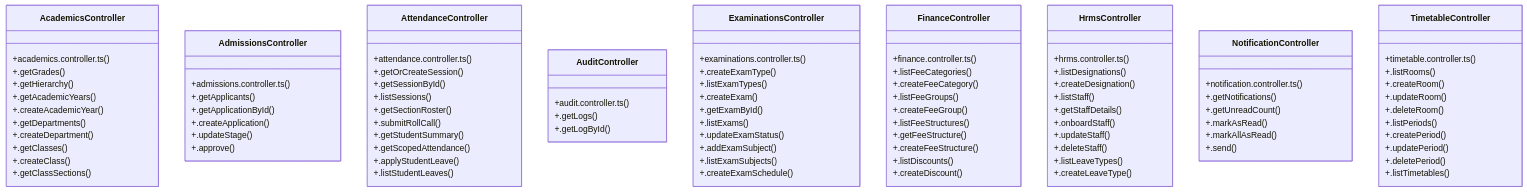
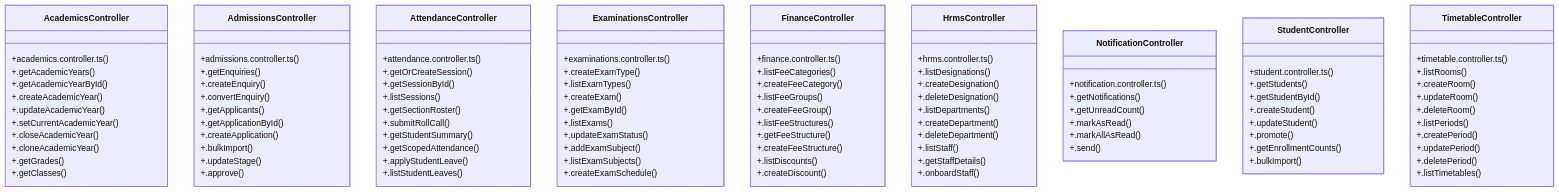
Before and after one commit to laxminivas06/vidforum: the diagram in graphify-out/wiki/[query_&_AcademicsRepository]_Cluster.md, drawn with Mermaid. The commit also changed other lines of this file and 118 other files, not shown here.

```diff
--- a/graphify-out/wiki/[query_&_AcademicsRepository]_Cluster.md
+++ b/graphify-out/wiki/[query_&_AcademicsRepository]_Cluster.md
@@ -37,21 +37,25 @@
 classDiagram
     class AcademicsController {
         +academics.controller.ts()
+        +.getAcademicYears()
+        +.getAcademicYearById()
+        +.createAcademicYear()
+        +.updateAcademicYear()
+        +.setCurrentAcademicYear()
+        +.closeAcademicYear()
+        +.cloneAcademicYear()
         +.getGrades()
-        +.getHierarchy()
-        +.getAcademicYears()
-        +.createAcademicYear()
-        +.getDepartments()
-        +.createDepartment()
         +.getClasses()
-        +.createClass()
-        +.getClassSections()
     }
     class AdmissionsController {
         +admissions.controller.ts()
+        +.getEnquiries()
+        +.createEnquiry()
+        +.convertEnquiry()
         +.getApplicants()
         +.getApplicationById()
         +.createApplication()
+        +.bulkImport()
         +.updateStage()
         +.approve()
     }
@@ -66,11 +70,6 @@
         +.getScopedAttendance()
         +.applyStudentLeave()
         +.listStudentLeaves()
-    }
-    class AuditController {
-        +audit.controller.ts()
-        +.getLogs()
-        +.getLogById()
     }
     class ExaminationsController {
         +examinations.controller.ts()
@@ -100,13 +99,13 @@
         +hrms.controller.ts()
         +.listDesignations()
         +.createDesignation()
+        +.deleteDesignation()
+        +.listDepartments()
+        +.createDepartment()
+        +.deleteDepartment()
         +.listStaff()
         +.getStaffDetails()
         +.onboardStaff()
-        +.updateStaff()
-        +.deleteStaff()
-        +.listLeaveTypes()
-        +.createLeaveType()
     }
     class NotificationController {
         +notification.controller.ts()
@@ -115,6 +114,16 @@
         +.markAsRead()
         +.markAllAsRead()
         +.send()
+    }
+    class StudentController {
+        +student.controller.ts()
+        +.getStudents()
+        +.getStudentById()
+        +.createStudent()
+        +.updateStudent()
+        +.promote()
+        +.getEnrollmentCounts()
+        +.bulkImport()
     }
     class TimetableController {
         +timetable.controller.ts()
```
